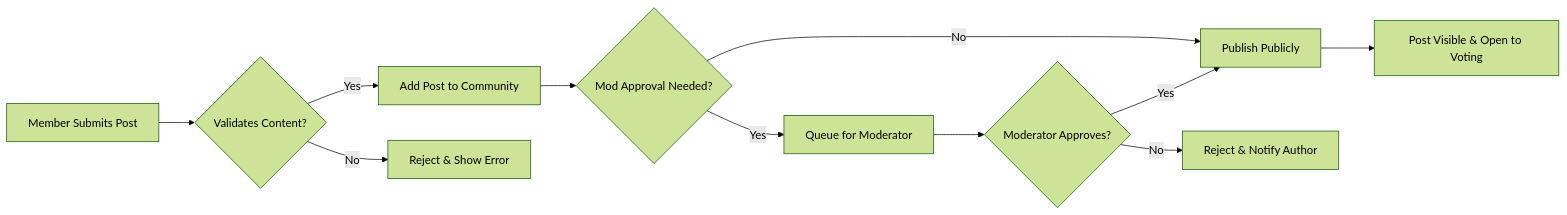
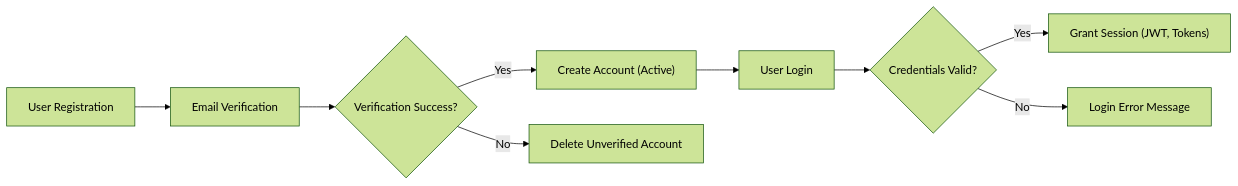
The first of 3 diagrams in openai/gpt-4.1/reddit/docs/analysis/05-functional-requirements.md (wrtnlabs/autobe-examples), drawn with Mermaid (forest theme) before and after one commit. The commit also changed other lines of this file and 16146 other files, not shown here.

````diff
--- a/openai/gpt-4.1/reddit/docs/analysis/05-functional-requirements.md
+++ b/openai/gpt-4.1/reddit/docs/analysis/05-functional-requirements.md
@@ -94,13 +140,11 @@
 ```mermaid
 graph LR
-    A["Member Submits Post"] --> B{"Validates Content?"}
-    B -->|"Yes"| C["Add Post to Community"]
-    B -->|"No"| D["Reject & Show Error"]
-    C --> E{"Mod Approval Needed?"}
-    E -->|"Yes"| F["Queue for Moderator"]
-    E -->|"No"| G["Publish Publicly"]
-    F --> H{"Moderator Approves?"}
-    H -->|"Yes"| G
-    H -->|"No"| I["Reject & Notify Author"]
-    G --> J["Post Visible & Open to Voting"]
+    A["User Registration"] --> B["Email Verification"]
+    B --> C{"Verification Success?"}
+    C -->|"Yes"| D["Create Account (Active)"]
+    C -->|"No"| E["Delete Unverified Account"]
+    D --> F["User Login"]
+    F --> G{"Credentials Valid?"}
+    G -->|"Yes"| H["Grant Session (JWT, Tokens)"]
+    G -->|"No"| I["Login Error Message"]
 ```
````
